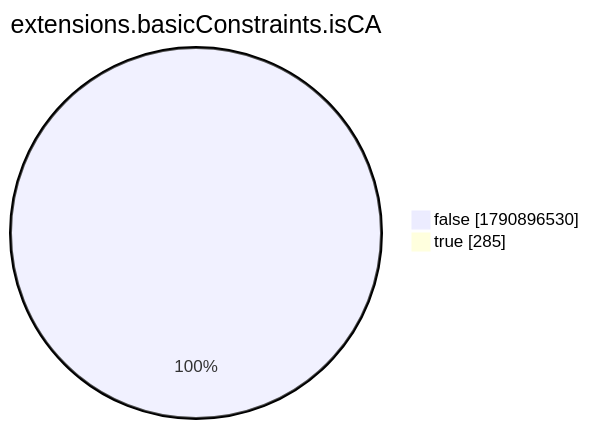
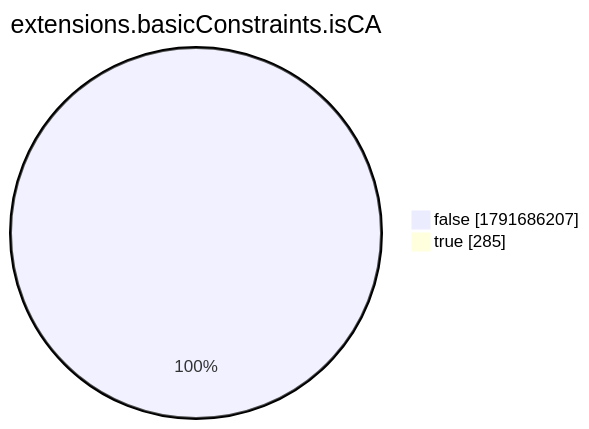
The eighth of 15 diagrams in xenon2022/README.md (christiankrug/ctmonitor_visualization), drawn with Mermaid before and after one commit. The commit also changed other lines of this file, not shown here.

````diff
--- a/xenon2022/README.md
+++ b/xenon2022/README.md
@@ -2868,6 +2868,6 @@
 ```mermaid
 pie showData
 title extensions.basicConstraints.isCA
-"false" :1790896530
+"false" :1791686207
 "true" :285
 ```
````
